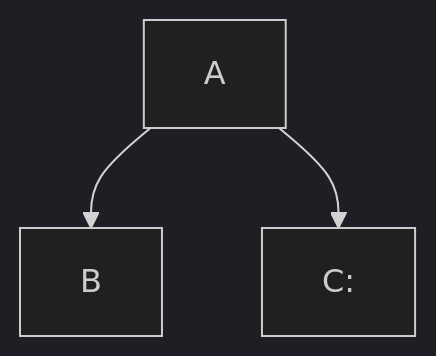
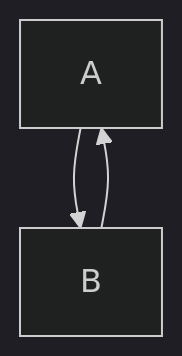
Before and after one commit to Sergoot/encashment-service: the diagram in scripts/README.md, drawn with Mermaid (dark theme).

````diff
--- a/scripts/README.md
+++ b/scripts/README.md
@@ -11,5 +11,5 @@
 ```mermaid
 graph TD
 A -->B;
-A -->C:
+B -->A;
 ```
````
